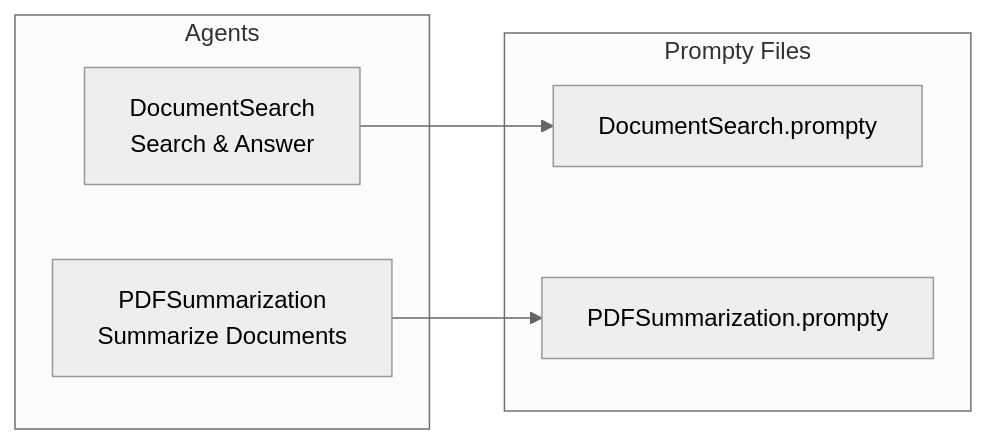
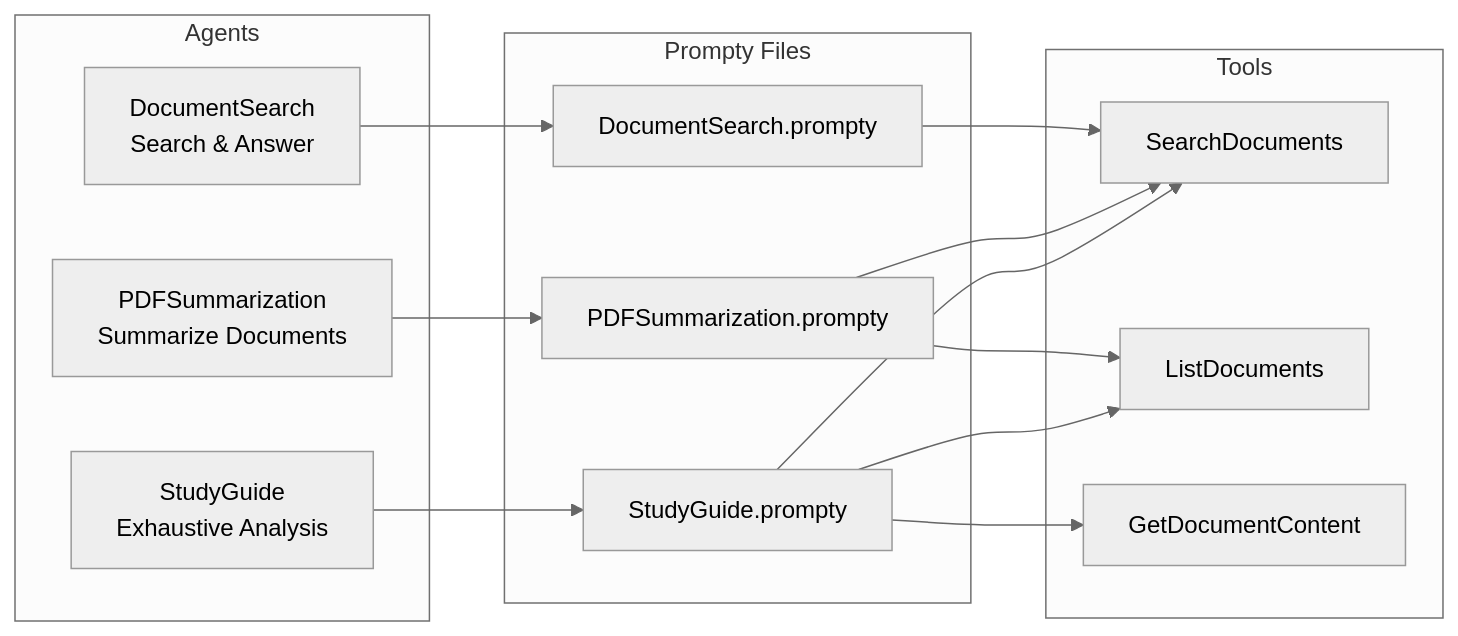
The sixth of 10 diagrams in docs/AI.Workshop.ChatApp.md (mgliot/AI.Workshop), drawn with Mermaid (neutral theme) before and after one commit. The commit also changed other lines of this file and 27 other files, not shown here.

````diff
--- a/docs/AI.Workshop.ChatApp.md
+++ b/docs/AI.Workshop.ChatApp.md
@@ -176,15 +176,24 @@
 ```mermaid
 graph LR
     subgraph "Agents"
         DS[DocumentSearch<br/>Search & Answer]
         PS[PDFSummarization<br/>Summarize Documents]
+        SG[StudyGuide<br/>Exhaustive Analysis]
     end
     
     subgraph "Prompty Files"
         P1[DocumentSearch.prompty]
         P2[PDFSummarization.prompty]
+        P3[StudyGuide.prompty]
     end
     
-    DS --> P1
-    PS --> P2
+    subgraph "Tools"
+        T1[SearchDocuments]
+        T2[ListDocuments]
+        T3[GetDocumentContent]
+    end
+    
+    DS --> P1 --> T1
+    PS --> P2 --> T1 & T2
+    SG --> P3 --> T1 & T2 & T3
 ```
````
